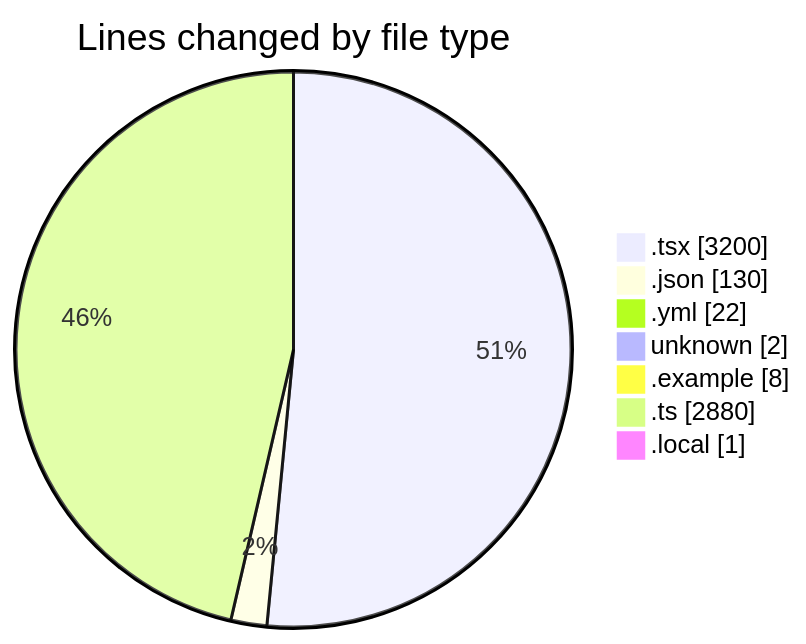
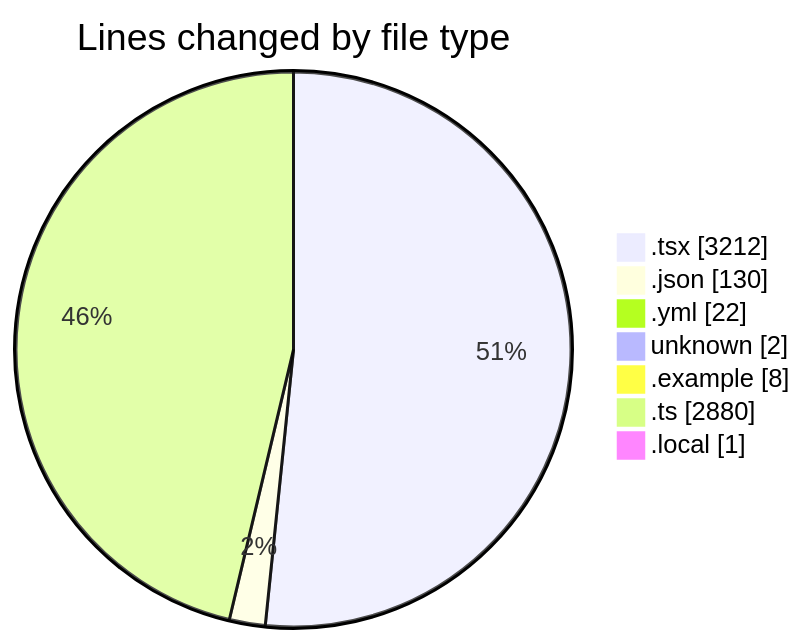
The first of 2 diagrams in 2025-11-21/eventscop-frontend-guide__workspace_/README.md (julien-gomy/code-tracking), drawn with Mermaid before and after one commit. The commit also changed other lines of this file and 1 other file, not shown here.

````diff
--- a/2025-11-21/eventscop-frontend-guide__workspace_/README.md
+++ b/2025-11-21/eventscop-frontend-guide__workspace_/README.md
@@ -61,11 +61,11 @@
 ```mermaid
 pie showData
 title Lines changed by file type
-".tsx" : 3200
+".tsx" : 3212
 ".json" : 130
 ".yml" : 22
 "unknown" : 2
 ".example" : 8
 ".ts" : 2880
 ".local" : 1
 ```
````
